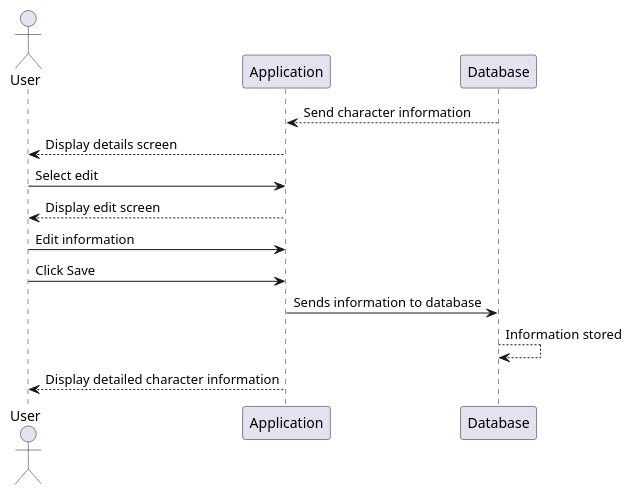
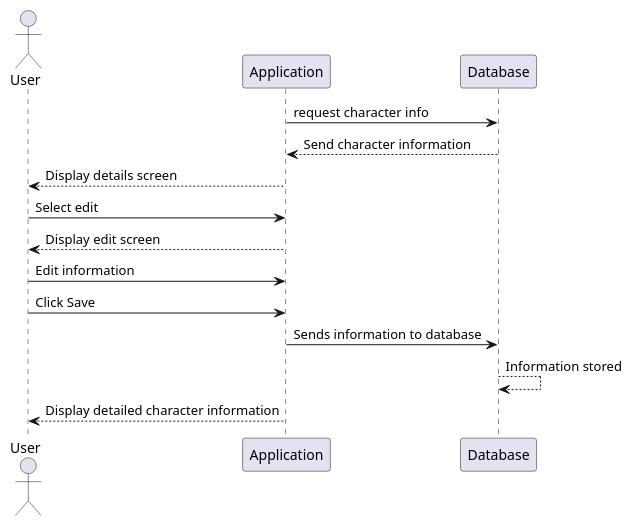
The diagram in app/UML/system_sequence_diagram.puml (Vhostymr/BagOfHolding), drawn with PlantUML before and after one commit. The commit also changed 5 other files, not shown here.

```diff
--- a/app/UML/system_sequence_diagram.puml
+++ b/app/UML/system_sequence_diagram.puml
@@ -1,14 +1,15 @@
 @startuml
 actor User
+Application -> Database: request character info
 Application <-- Database : Send character information
 Application --> User : Display details screen
 User -> Application : Select edit
 Application --> User : Display edit screen
 User -> Application : Edit information
 User -> Application : Click Save
 Application -> Database : Sends information to database
 Database --> Database : Information stored
 Application --> User : Display detailed character information
 
 
 @enduml
```
